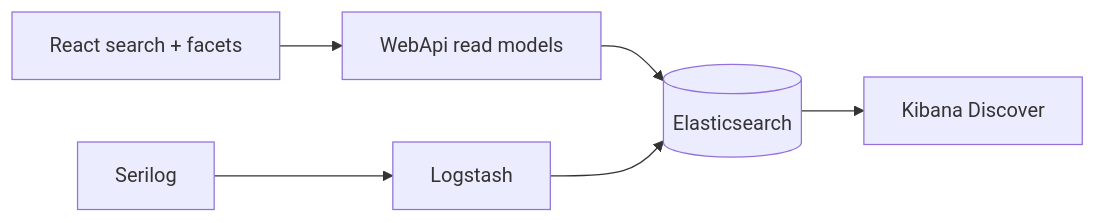
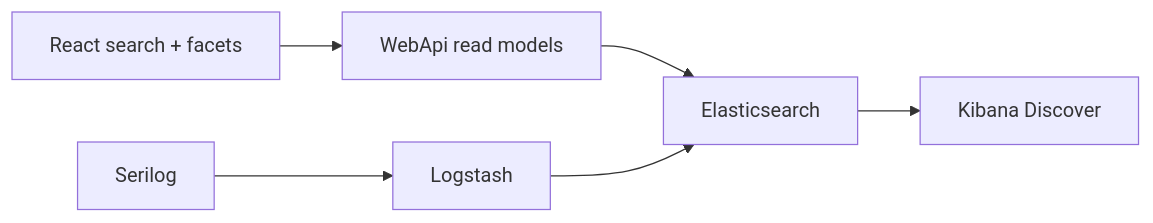
One commit to fdeniz07/BankApp changed the first of 2 diagrams in docs/learning/en/31-elk-elasticsearch.md. Above: the diagram before and after it, drawn with Mermaid. The commit also changed other lines of this file and 105 other files, not shown here.

First line of the commit message:
doc: Enrich learning chapters with labs, pitfalls, and safe Mermaid

````diff
--- a/docs/learning/en/31-elk-elasticsearch.md
+++ b/docs/learning/en/31-elk-elasticsearch.md
@@ -25,7 +27,7 @@
 ```mermaid
 flowchart LR
-  API[WebApi read models] --> ES[(Elasticsearch)]
+  API["WebApi read models"] --> ES["Elasticsearch"]
   LOG[Serilog] --> LS[Logstash] --> ES
   ES --> KIB[Kibana Discover]
   UI[React search + facets] --> API
 ```
````
